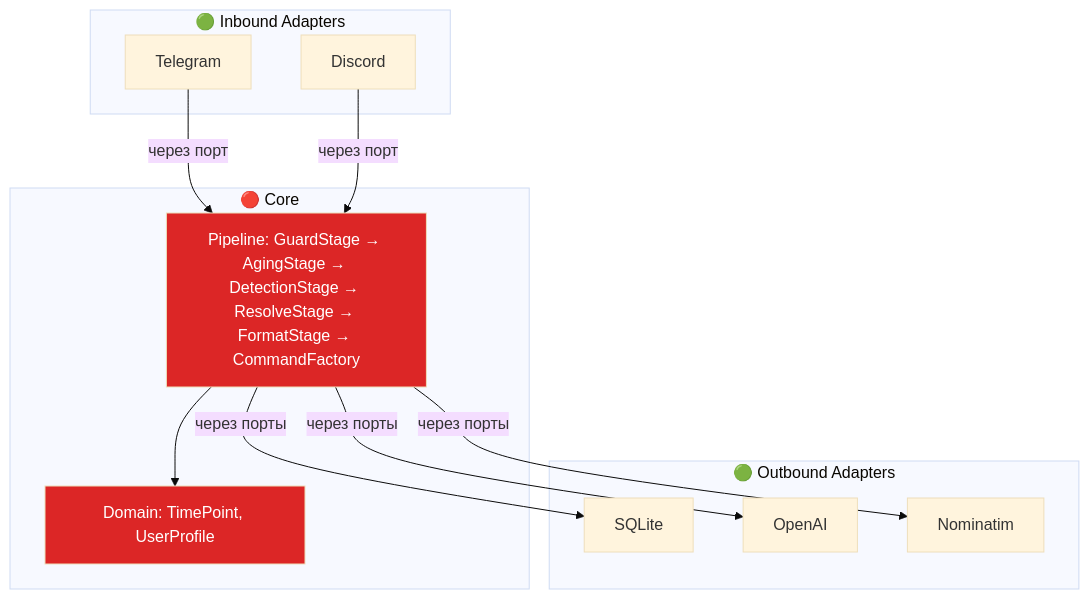
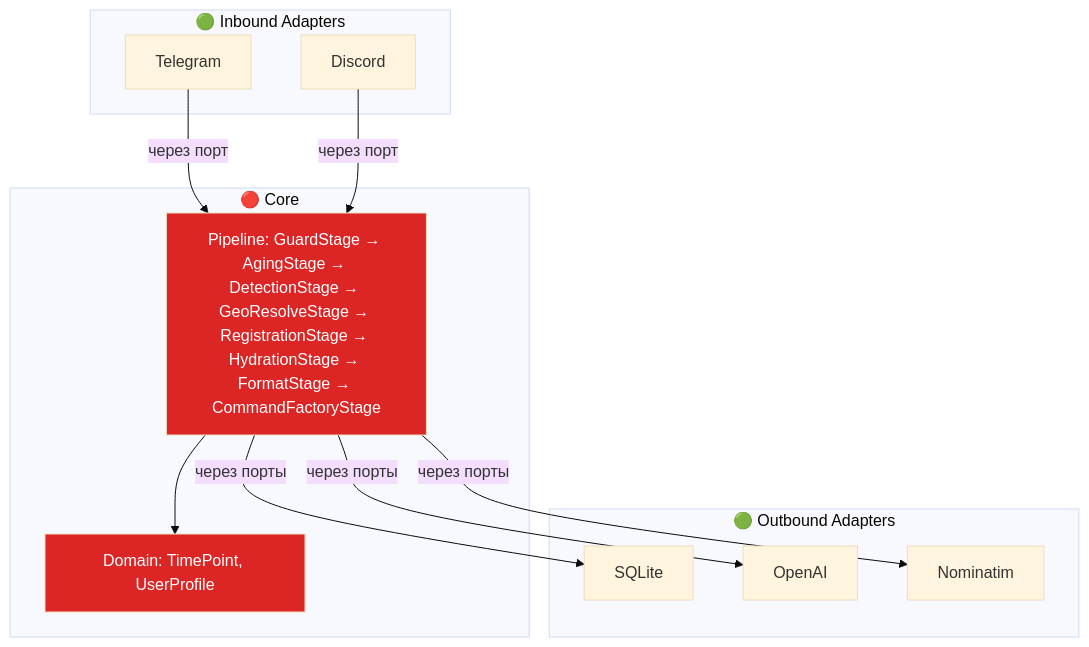
Before and after one commit to antlbn/Timezone_bot: the second of 5 diagrams in docs/ARCHITECTURE_SESSION.md, drawn with Mermaid (base theme). The commit also changed other lines of this file and 9 other files, not shown here.

````diff
--- a/docs/ARCHITECTURE_SESSION.md
+++ b/docs/ARCHITECTURE_SESSION.md
@@ -32,28 +32,28 @@
 ```mermaid
 graph TB
     subgraph "🟢 Inbound Adapters"
         TG["Telegram"]
         DC["Discord"]
     end
 
     subgraph "🔴 Core"
-        PIPE["Pipeline: GuardStage → AgingStage → DetectionStage → ResolveStage → FormatStage → CommandFactory"]
+        PIPE["Pipeline: GuardStage → AgingStage → DetectionStage → GeoResolveStage → RegistrationStage → HydrationStage → FormatStage → CommandFactoryStage"]
         DOM["Domain: TimePoint, UserProfile"]
     end
 
     subgraph "🟢 Outbound Adapters"
         SQL["SQLite"]
         LLM["OpenAI"]
         GEO["Nominatim"]
     end
 
     TG -->|"через порт"| PIPE
     DC -->|"через порт"| PIPE
     PIPE --> DOM
     PIPE -->|"через порты"| SQL
     PIPE -->|"через порты"| LLM
     PIPE -->|"через порты"| GEO
 
     style DOM fill:#dc2626,color:#fff
     style PIPE fill:#dc2626,color:#fff
 ```
````
